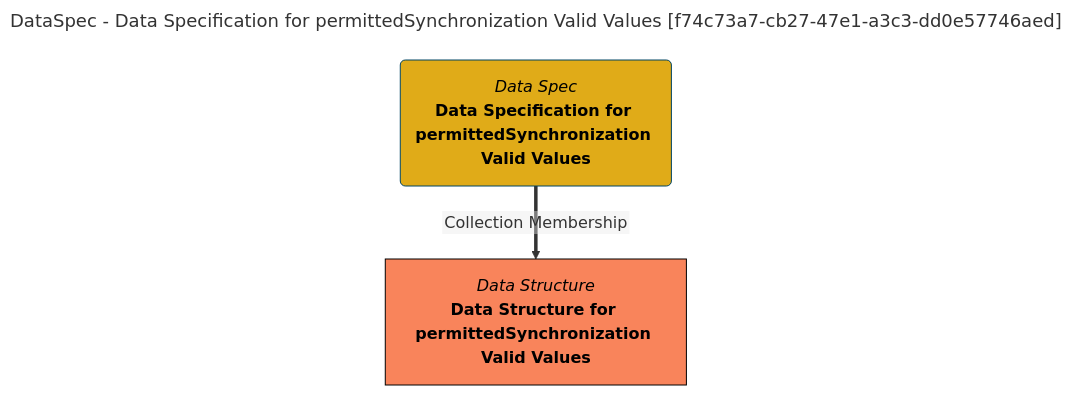
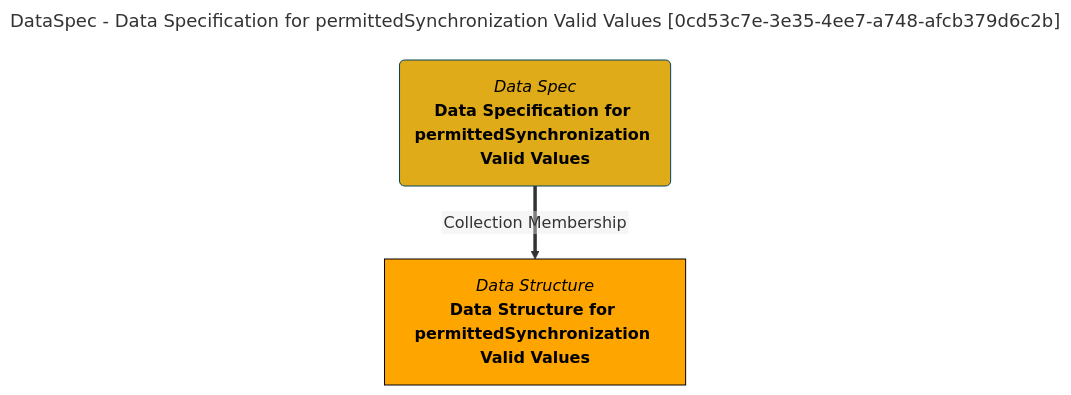
The diagram in site/snippets/collections/data-specs/data-specification-for-permittedsynchronization-valid-values-mermaid-graph.md (odpi/egeria-docs), drawn with Mermaid before and after one commit. The commit also changed 2201 other files, not shown here.

````diff
--- a/site/snippets/collections/data-specs/data-specification-for-permittedsynchronization-valid-values-mermaid-graph.md
+++ b/site/snippets/collections/data-specs/data-specification-for-permittedsynchronization-valid-values-mermaid-graph.md
@@ -1,15 +1,15 @@
 ```mermaid
 ---
-title: DataSpec - Data Specification for permittedSynchronization Valid Values [f74c73a7-cb27-47e1-a3c3-dd0e57746aed]
+title: DataSpec - Data Specification for permittedSynchronization Valid Values [0cd53c7e-3e35-4ee7-a748-afcb379d6c2b]
 ---
 flowchart TD
 %%{init: {"flowchart": {"htmlLabels": false}} }%%
 
 1@{ shape: rounded, label: "*Data Spec*
 **Data Specification for permittedSynchronization Valid Values**"}
 2@{ shape: rect, label: "*Data Structure*
 **Data Structure for permittedSynchronization Valid Values**"}
 1==>|"Collection Membership"|2
 style 1 color:#000000, fill:#e0ab18, stroke:#004563
-style 2 color:#000000, fill:#f9845b, stroke:#000000
+style 2 color:#000000, fill:#FFA500, stroke:#000000
 ```
````
